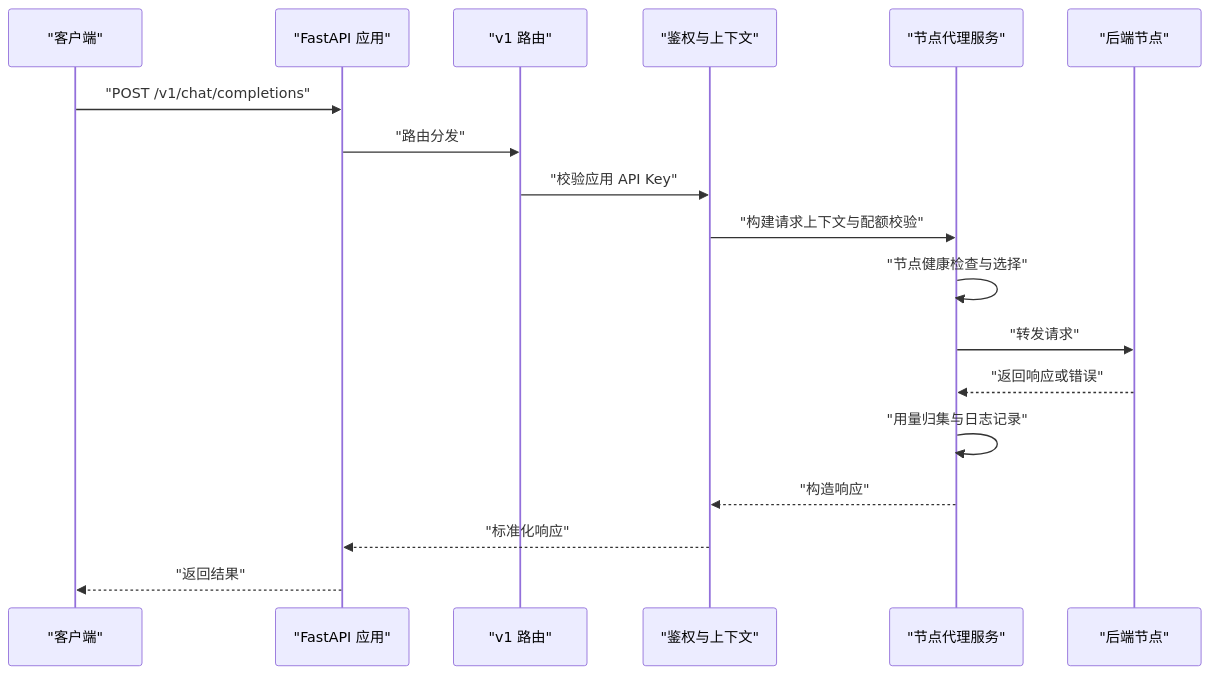
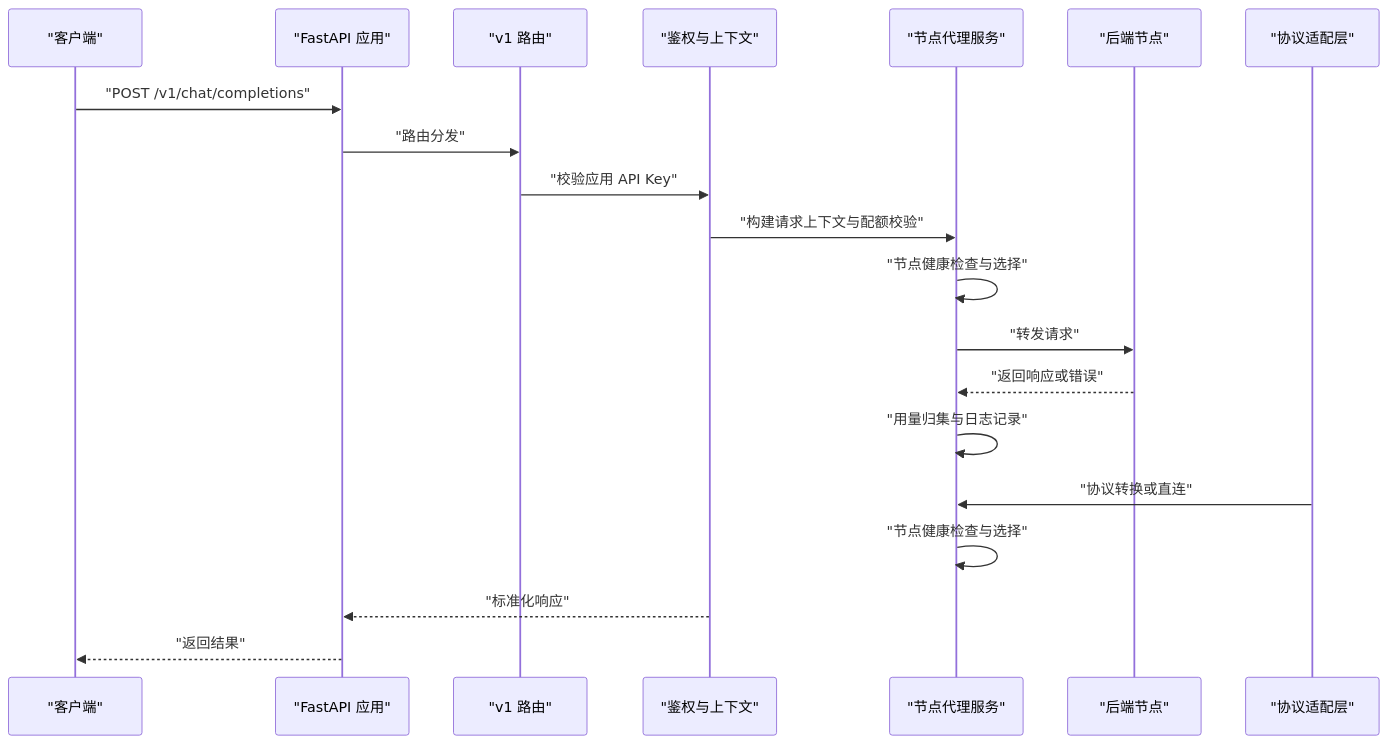
The second of 5 diagrams in docs/wiki/content/项目概述.md (snz1dp/apiproxy), drawn with Mermaid before and after one commit. The commit also changed other lines of this file and 12 other files, not shown here.

````diff
--- a/docs/wiki/content/项目概述.md
+++ b/docs/wiki/content/项目概述.md
@@ -118,20 +127,22 @@
 ```mermaid
 sequenceDiagram
 participant C as "客户端"
 participant F as "FastAPI 应用"
 participant R as "v1 路由"
 participant H as "鉴权与上下文"
 participant P as "节点代理服务"
 participant N as "后端节点"
 C->>F : "POST /v1/chat/completions"
 F->>R : "路由分发"
 R->>H : "校验应用 API Key"
+participant A as "协议适配层"
 H->>P : "构建请求上下文与配额校验"
 P->>P : "节点健康检查与选择"
 P->>N : "转发请求"
 N-->>P : "返回响应或错误"
 P->>P : "用量归集与日志记录"
-P-->>H : "构造响应"
+A->>P : "协议转换或直连"
+P->>P : "节点健康检查与选择"
 H-->>F : "标准化响应"
 F-->>C : "返回结果"
 ```
````
